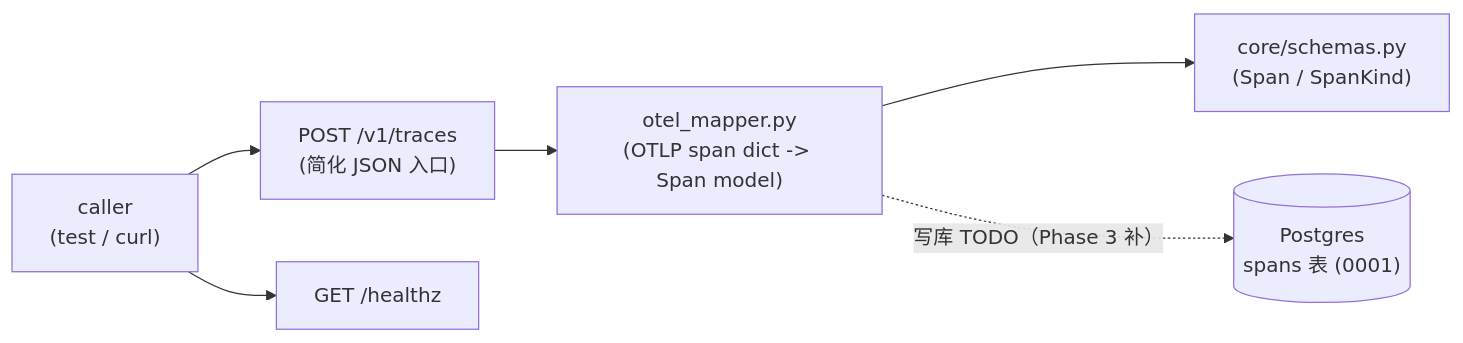
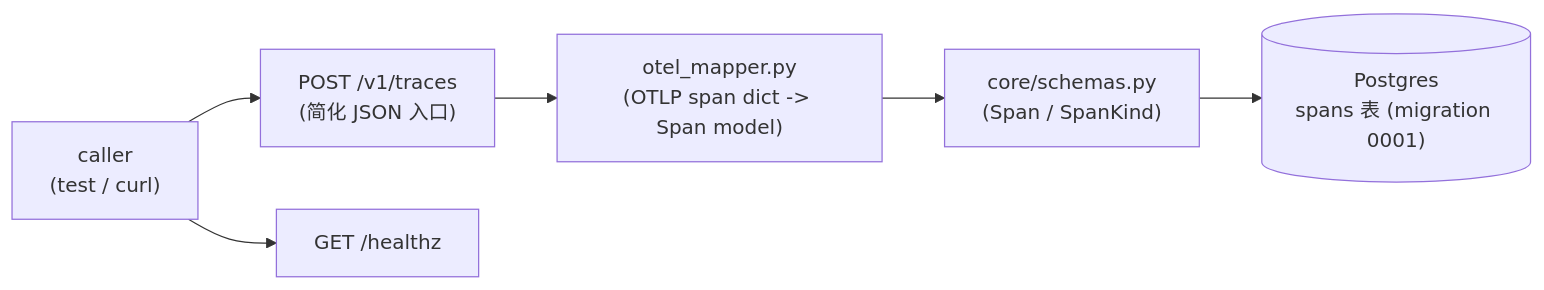
The first of 2 diagrams in docs/PHASE_1_PLAN.md (AndyUneducated/eval-gate), drawn with Mermaid before and after one commit. The commit also changed other lines of this file and 16 other files, not shown here.

First line of the commit message:
docs: add diagrams and tech-selection rationale to README and phase plans

````diff
--- a/docs/PHASE_1_PLAN.md
+++ b/docs/PHASE_1_PLAN.md
@@ -18,13 +11,12 @@
 ```mermaid
 flowchart LR
   Caller["caller<br/>(test / curl)"]
   Ingest["POST /v1/traces<br/>(简化 JSON 入口)"]
   Mapper["otel_mapper.py<br/>(OTLP span dict -> Span model)"]
   Schema["core/schemas.py<br/>(Span / SpanKind)"]
-  DB[("Postgres<br/>spans 表 (0001)")]
+  DB[("Postgres<br/>spans 表 (migration 0001)")]
   Health["GET /healthz"]
 
-  Caller --> Ingest --> Mapper --> Schema
-  Mapper -.写库 TODO（Phase 3 补）.-> DB
+  Caller --> Ingest --> Mapper --> Schema --> DB
   Caller --> Health
 ```
````
